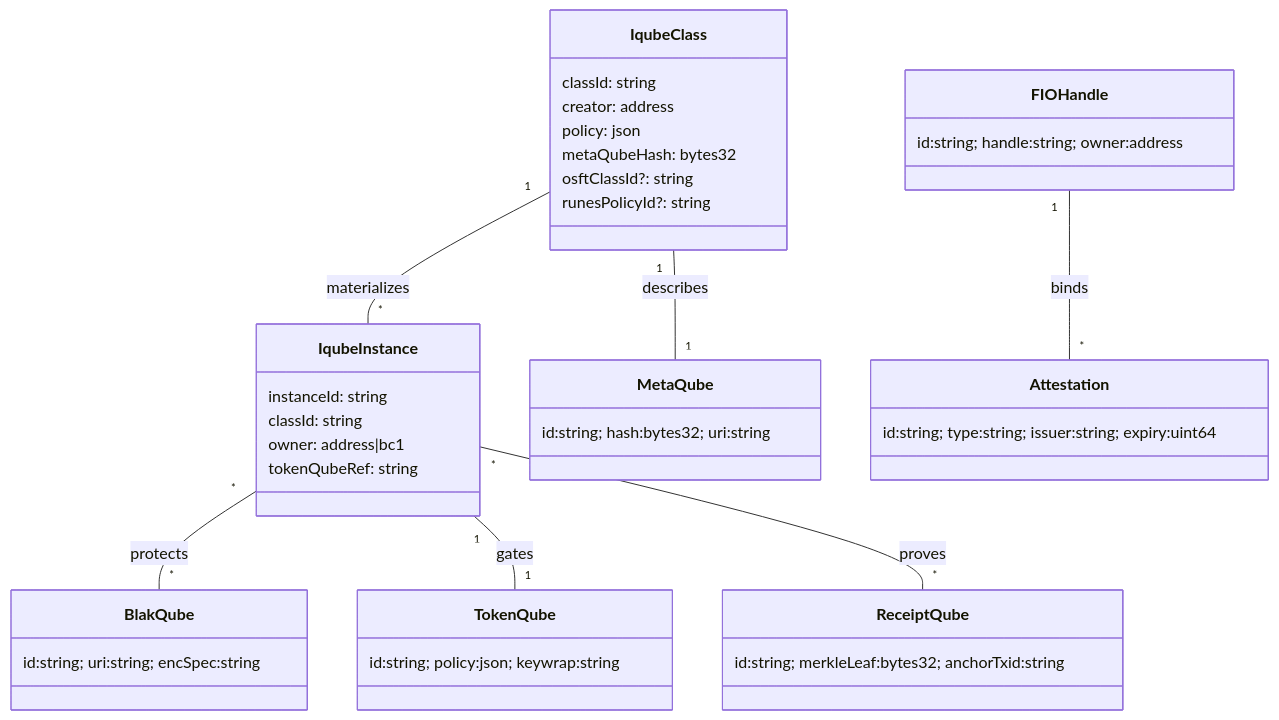
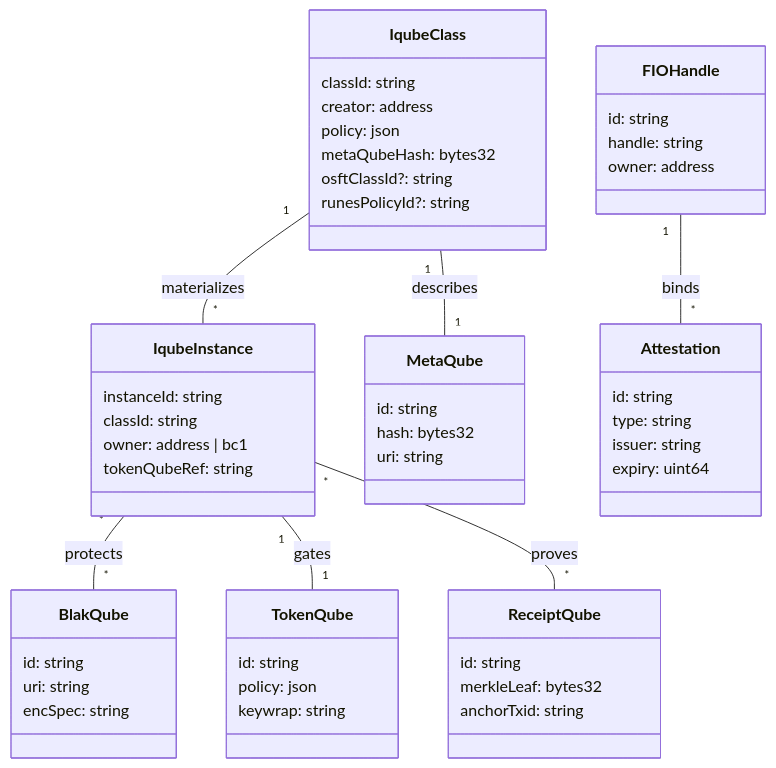
Before and after one commit to iQube-Protocol/iQubeBeta-Program: the fourth of 14 diagrams in docs/architecture/iQube_ICP_BTC_Diagrams.md, drawn with Mermaid. The commit also changed other lines of this file and 1 other file, not shown here.

Commit message:
docs(mermaid): fix sequence arrow direction and classDiagram bodies; normalize multiline labels for GitHub renderer

````diff
--- a/docs/architecture/iQube_ICP_BTC_Diagrams.md
+++ b/docs/architecture/iQube_ICP_BTC_Diagrams.md
@@ -151,30 +151,55 @@
 ```mermaid
 classDiagram
   class IqubeClass {
     classId: string
     creator: address
     policy: json
     metaQubeHash: bytes32
     osftClassId?: string
     runesPolicyId?: string
   }
   class IqubeInstance {
     instanceId: string
     classId: string
-    owner: address|bc1
+    owner: address | bc1
     tokenQubeRef: string
   }
-  class MetaQube { id:string; hash:bytes32; uri:string }
-  class BlakQube { id:string; uri:string; encSpec:string }
-  class TokenQube { id:string; policy:json; keywrap:string }
-  class ReceiptQube { id:string; merkleLeaf:bytes32; anchorTxid:string }
-  class Attestation { id:string; type:string; issuer:string; expiry:uint64 }
-  class FIOHandle { id:string; handle:string; owner:address }
+  class MetaQube {
+    id: string
+    hash: bytes32
+    uri: string
+  }
+  class BlakQube {
+    id: string
+    uri: string
+    encSpec: string
+  }
+  class TokenQube {
+    id: string
+    policy: json
+    keywrap: string
+  }
+  class ReceiptQube {
+    id: string
+    merkleLeaf: bytes32
+    anchorTxid: string
+  }
+  class Attestation {
+    id: string
+    type: string
+    issuer: string
+    expiry: uint64
+  }
+  class FIOHandle {
+    id: string
+    handle: string
+    owner: address
+  }
 
   IqubeClass "1" -- "*" IqubeInstance: materializes
   IqubeClass "1" -- "1" MetaQube: describes
   IqubeInstance "*" -- "*" BlakQube: protects
   IqubeInstance "1" -- "1" TokenQube: gates
   IqubeInstance "*" -- "*" ReceiptQube: proves
   FIOHandle "1" -- "*" Attestation: binds
 ```
````
